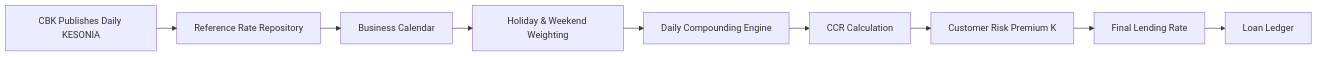
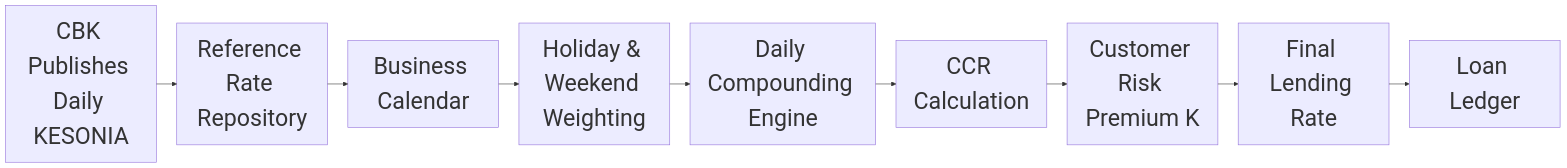
The first of 3 diagrams in Part2_Daily_Compounding_Engine_Mathematics_and_SQL.md (TheAlchemistNerd/regtech-kesonia-treasury), drawn with Mermaid before and after one commit. The commit also changed other lines of this file and 21 other files, not shown here.

````diff
--- a/Part2_Daily_Compounding_Engine_Mathematics_and_SQL.md
+++ b/Part2_Daily_Compounding_Engine_Mathematics_and_SQL.md
@@ -146,12 +146,12 @@
 ```mermaid
-%%{init: {"flowchart": {"defaultRenderer": "elk"}, "themeVariables": {"fontSize": "16px", "fontFamily": "arial"}} }%%
+%%{init: {"flowchart": {"defaultRenderer": "elk"}, "themeVariables": {"fontSize": "40px", "fontFamily": "arial"}} }%%
 flowchart LR
     A[CBK Publishes Daily KESONIA] --> B[Reference Rate Repository]
     B --> C[Business Calendar]
     C --> D[Holiday & Weekend Weighting]
     D --> E[Daily Compounding Engine]
     E --> F[CCR Calculation]
     F --> G[Customer Risk Premium K]
     G --> H[Final Lending Rate]
     H --> I[Loan Ledger]
 ```
````
